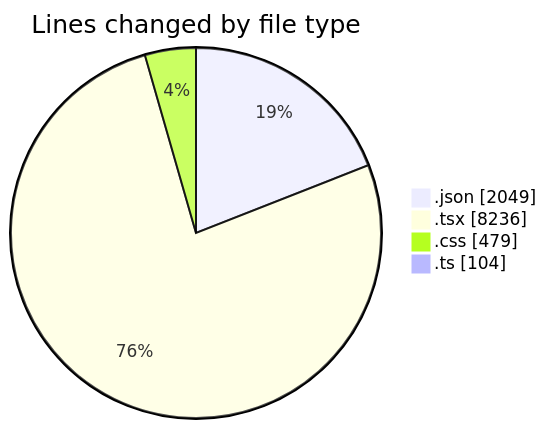
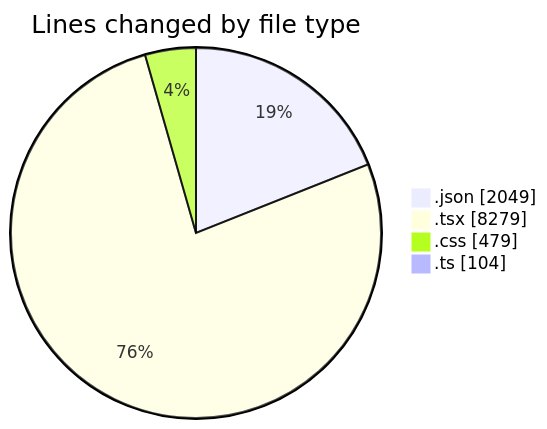
The first of 2 diagrams in 2025-08-14/ribbon/README.md (EIIisD/code-tracking), drawn with Mermaid before and after one commit. The commit also changed other lines of this file and 1 other file, not shown here.

````diff
--- a/2025-08-14/ribbon/README.md
+++ b/2025-08-14/ribbon/README.md
@@ -34,8 +34,8 @@
 ```mermaid
 pie showData
 title Lines changed by file type
 ".json" : 2049
-".tsx" : 8236
+".tsx" : 8279
 ".css" : 479
 ".ts" : 104
 ```
````
